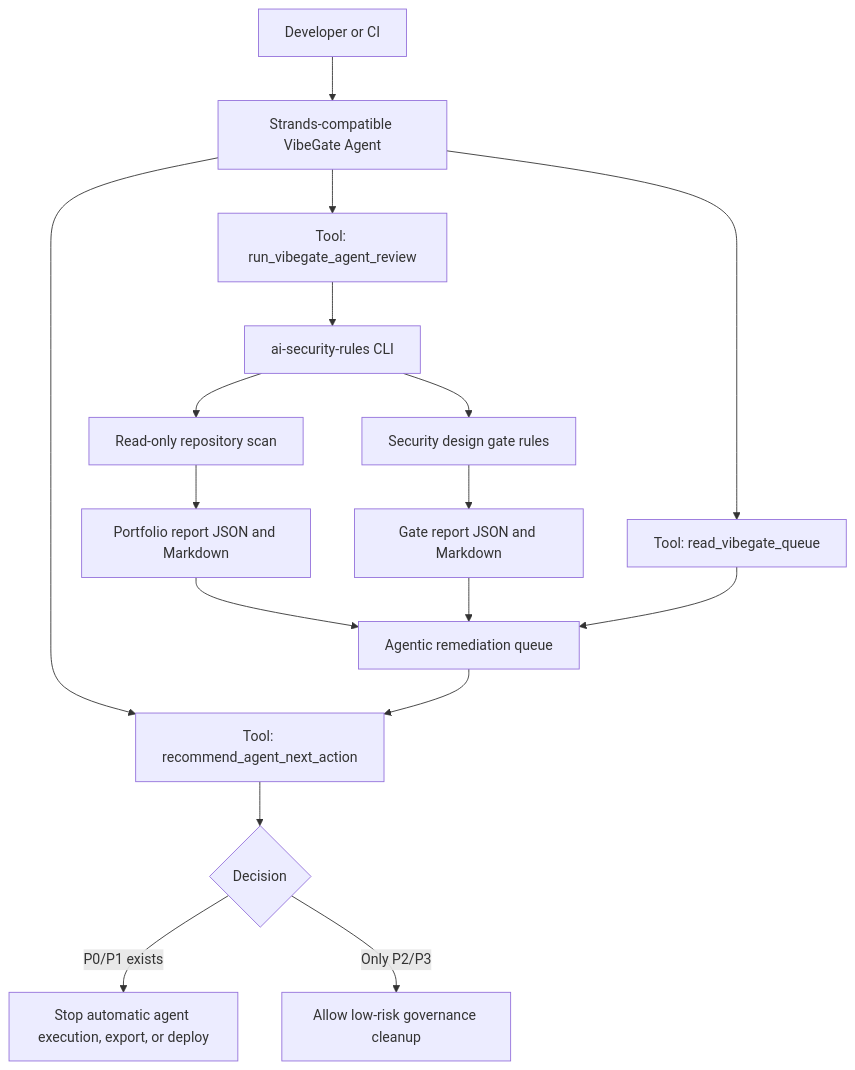
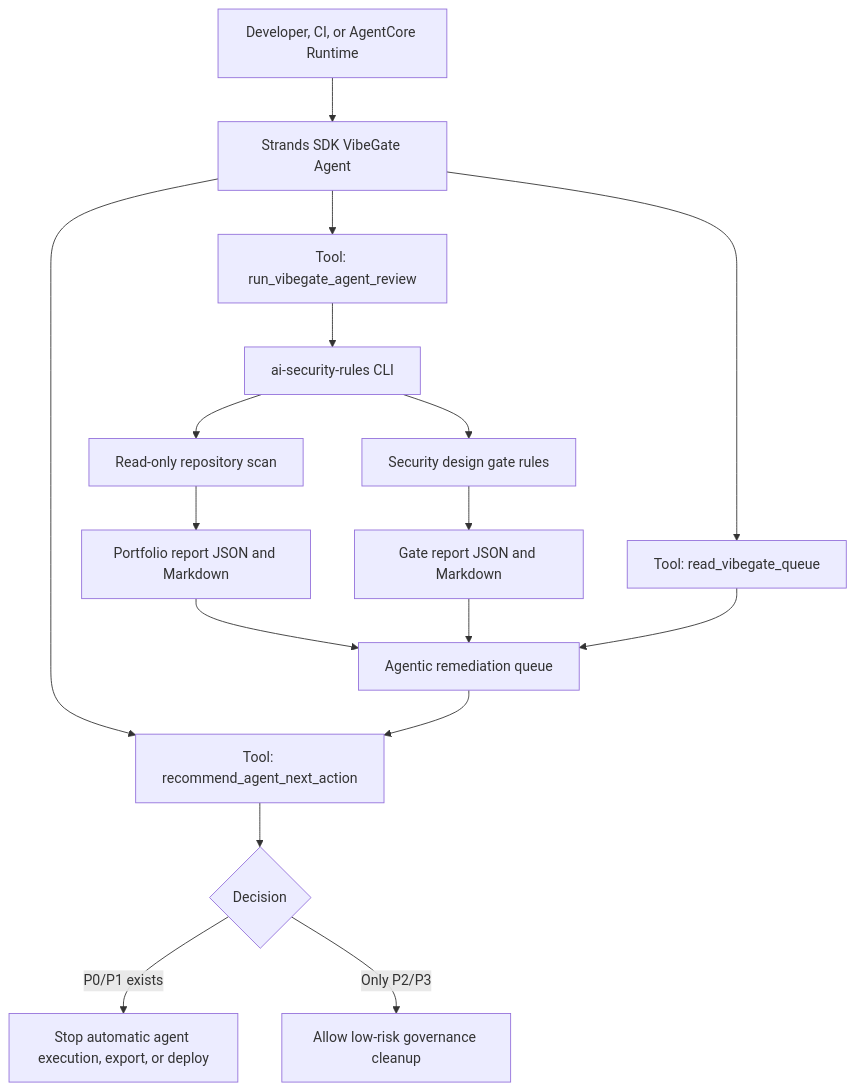
The diagram in ARCHITECTURE.md (jiarong0423/ai-security-rules), drawn with Mermaid before and after one commit. The commit also changed other lines of this file and 6 other files, not shown here.

Commit message:
Add Strands and AgentCore hackathon path

````diff
--- a/ARCHITECTURE.md
+++ b/ARCHITECTURE.md
@@ -9,19 +9,19 @@
 ```mermaid
 flowchart TD
-    A[Developer or CI] --> B[Strands-compatible VibeGate Agent]
+    A[Developer, CI, or AgentCore Runtime] --> B[Strands SDK VibeGate Agent]
     B --> C[Tool: run_vibegate_agent_review]
     C --> D[ai-security-rules CLI]
     D --> E[Read-only repository scan]
     D --> F[Security design gate rules]
     E --> G[Portfolio report JSON and Markdown]
     F --> H[Gate report JSON and Markdown]
     G --> I[Agentic remediation queue]
     H --> I
     B --> J[Tool: read_vibegate_queue]
     J --> I
     B --> K[Tool: recommend_agent_next_action]
     I --> K
     K --> L{Decision}
     L -->|P0/P1 exists| M[Stop automatic agent execution, export, or deploy]
     L -->|Only P2/P3| N[Allow low-risk governance cleanup]
 ```
````
